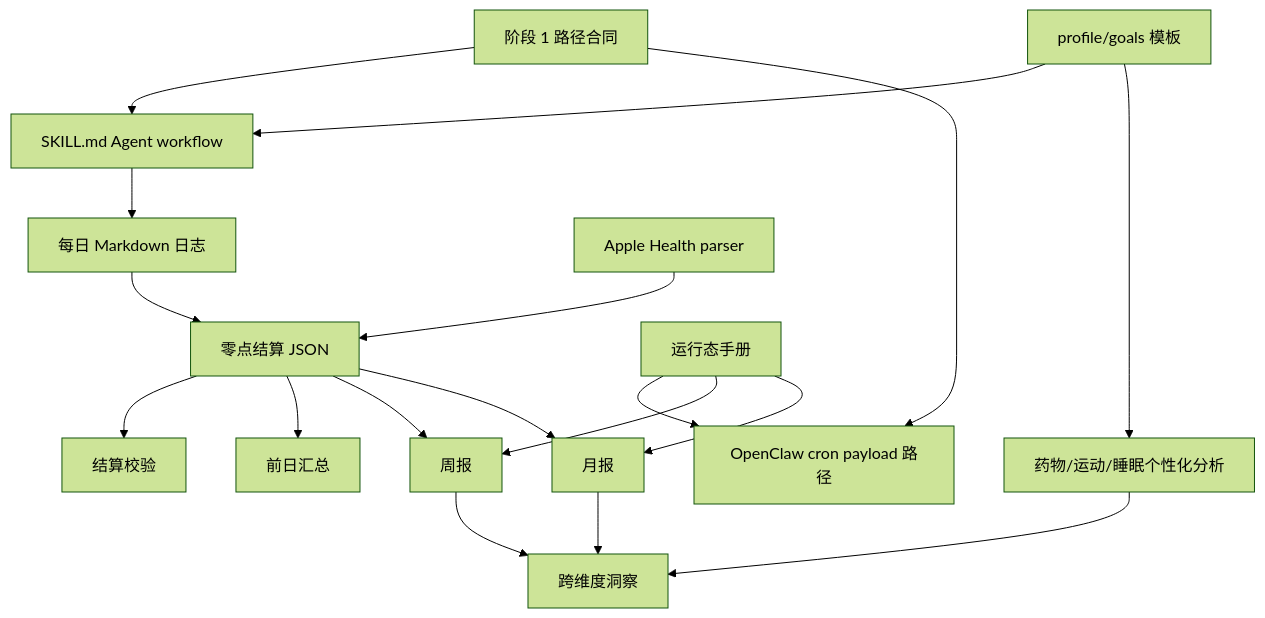
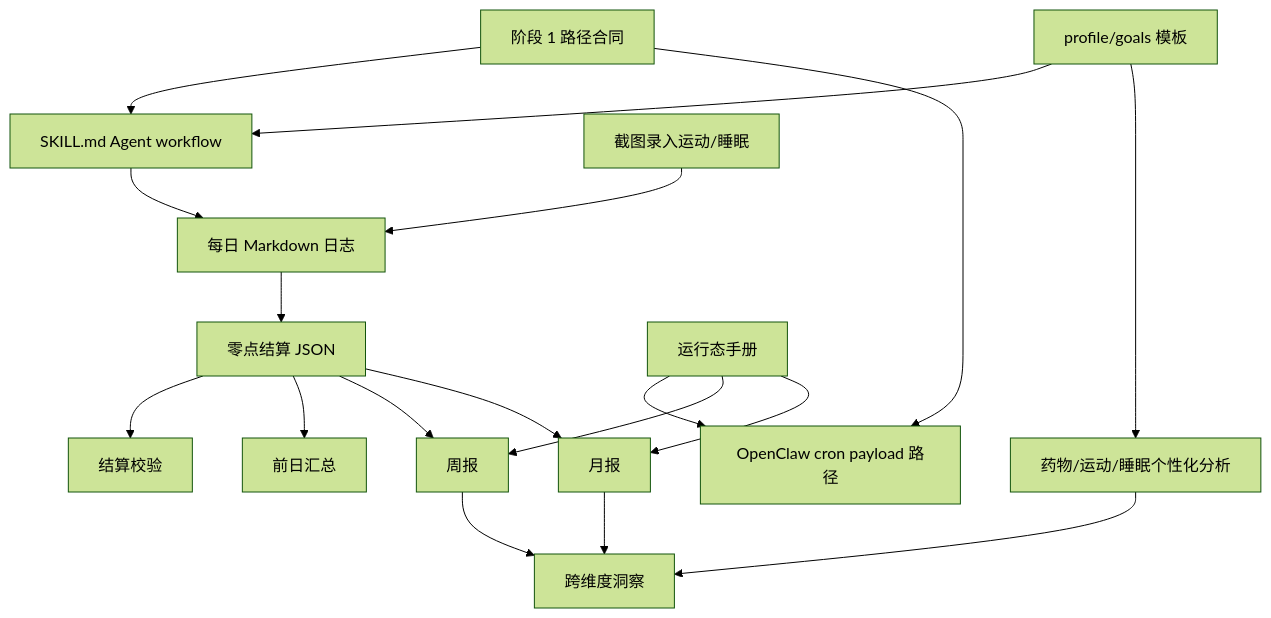
Before and after one commit to MochenRay/xiaoka-health-agent: the diagram in plans/xiaoka-project-roadmap-checklist.md, drawn with Mermaid (forest theme). The commit also changed other lines of this file and 15 other files, not shown here.

````diff
--- a/plans/xiaoka-project-roadmap-checklist.md
+++ b/plans/xiaoka-project-roadmap-checklist.md
@@ -140,20 +139,20 @@
 ```mermaid
 flowchart TD
   A["阶段 1 路径合同"] --> B["SKILL.md Agent workflow"]
   A --> C["OpenClaw cron payload 路径"]
   B --> D["每日 Markdown 日志"]
   D --> E["零点结算 JSON"]
   E --> F["结算校验"]
   E --> G["前日汇总"]
   E --> H["周报"]
   E --> I["月报"]
   H --> J["跨维度洞察"]
   I --> J
-  K["Apple Health parser"] --> E
+  K["截图录入运动/睡眠"] --> D
   L["profile/goals 模板"] --> B
   L --> M["药物/运动/睡眠个性化分析"]
   M --> J
   N["运行态手册"] --> C
   N --> H
   N --> I
 ```
````
